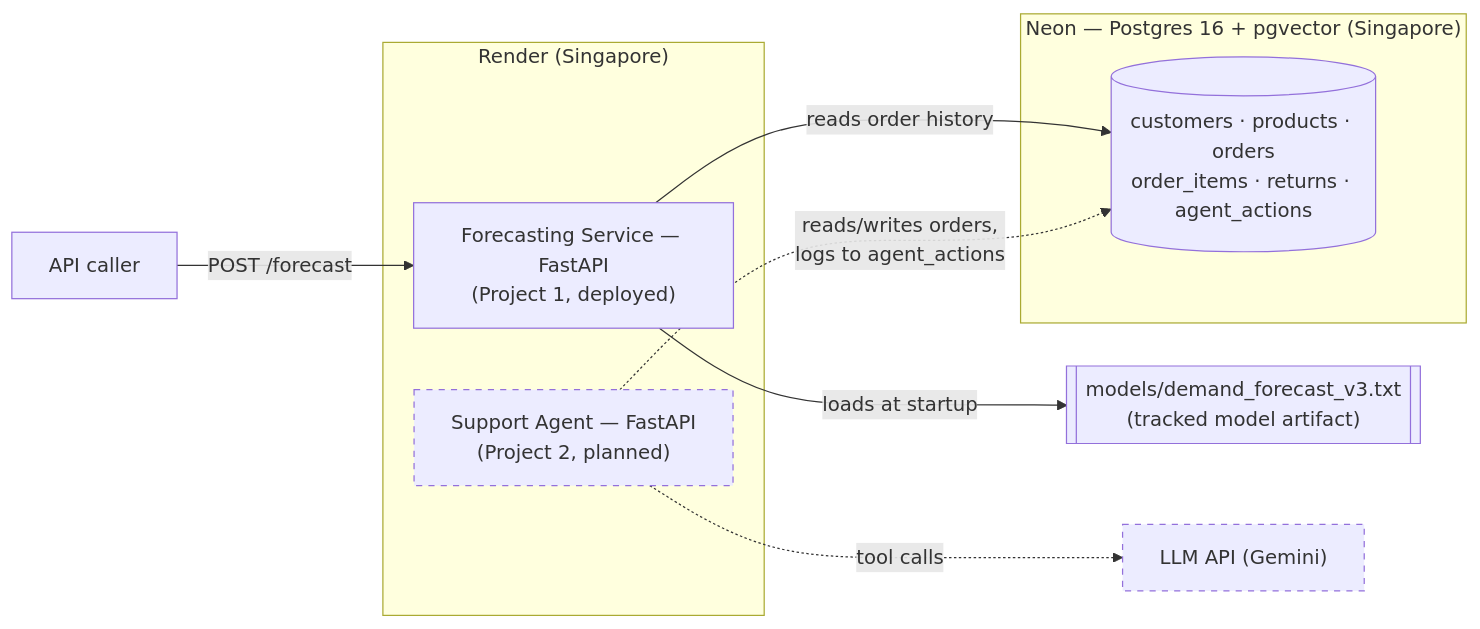
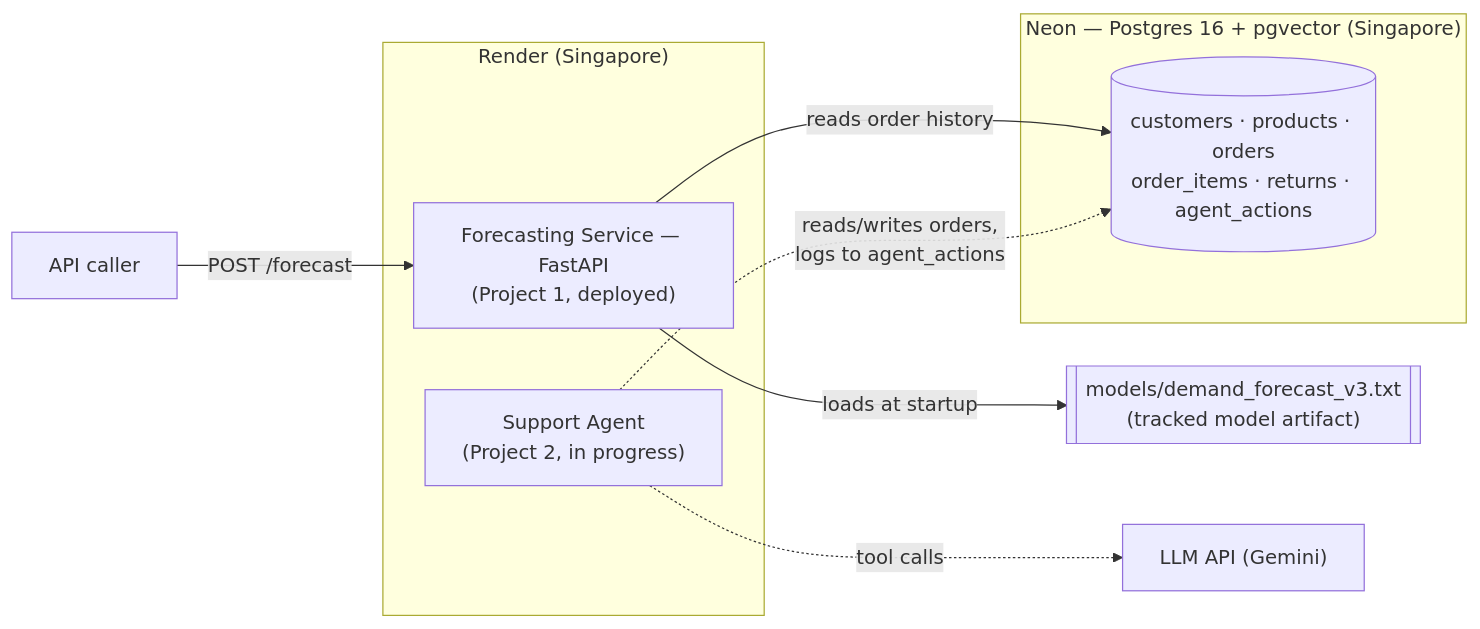
Before and after one commit to ganesan-rengan/retail-intelligence: the diagram in README.md, drawn with Mermaid. The commit also changed other lines of this file and 1 other file, not shown here.

First line of the commit message:
docs: document the support agent for consolidation checkpoint

````diff
--- a/README.md
+++ b/README.md
@@ -42,25 +42,22 @@
 ```mermaid
 flowchart LR
     client["API caller"]
 
     subgraph render["Render (Singapore)"]
         forecast["Forecasting Service — FastAPI\n(Project 1, deployed)"]
-        agent["Support Agent — FastAPI\n(Project 2, planned)"]
+        agent["Support Agent\n(Project 2, in progress)"]
     end
 
     subgraph neon["Neon — Postgres 16 + pgvector (Singapore)"]
         db[("customers · products · orders\norder_items · returns · agent_actions")]
     end
 
     artifact[["models/demand_forecast_v3.txt\n(tracked model artifact)"]]
     llm["LLM API (Gemini)"]
 
     client -->|"POST /forecast"| forecast
     forecast -->|"reads order history"| db
     forecast -->|"loads at startup"| artifact
     agent -.->|"reads/writes orders,\nlogs to agent_actions"| db
     agent -.->|"tool calls"| llm
-
-    classDef planned stroke-dasharray:5 5
-    class agent,llm planned
 ```
````
